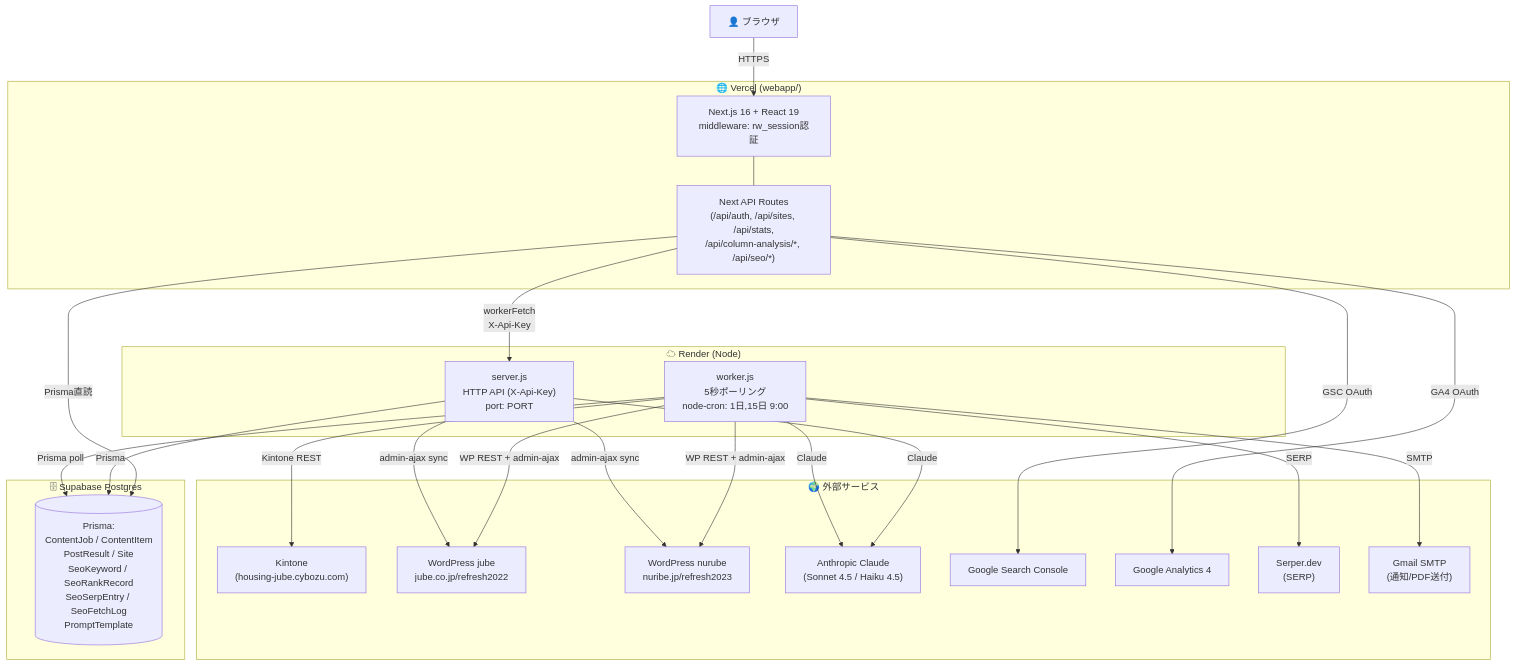
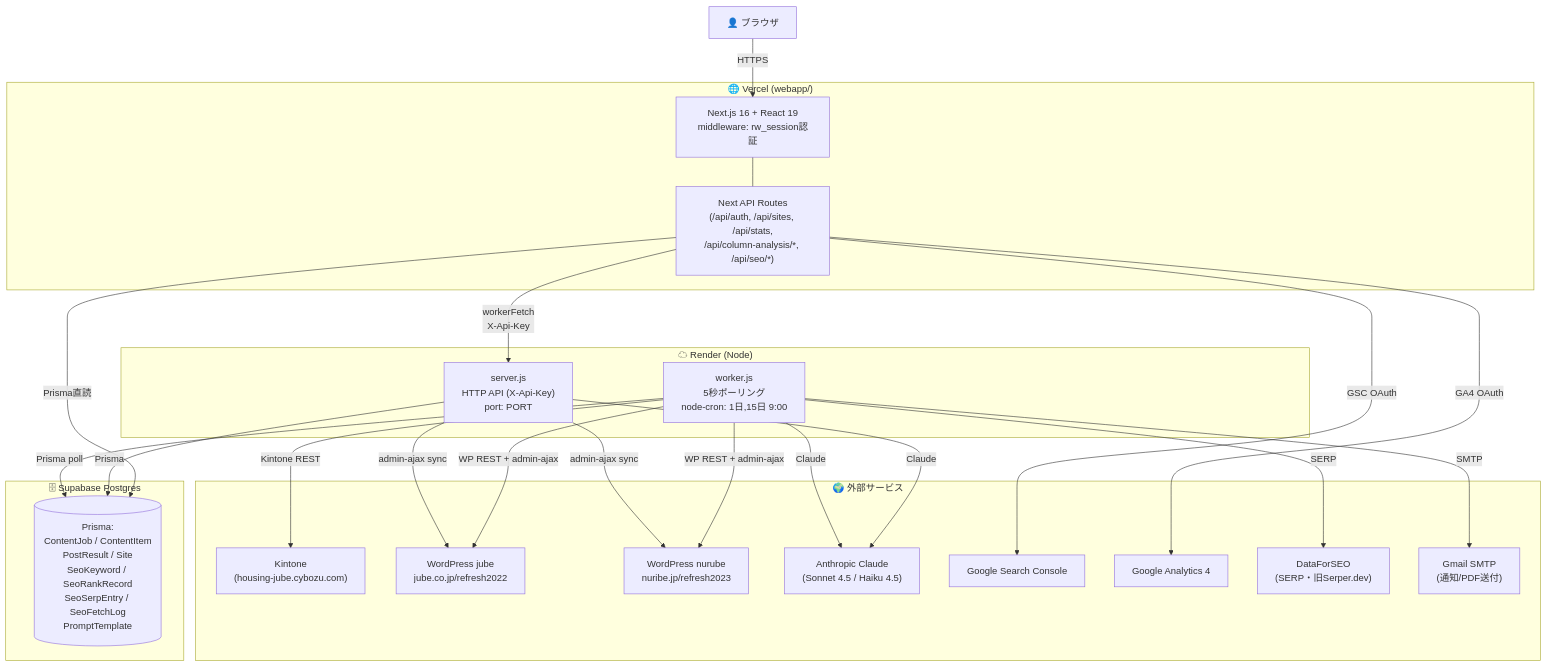
One commit to d-yamane-stack/kintone-wp-sync changed the first of 10 diagrams in ARCHITECTURE.md. Above: the diagram before and after it, drawn with Mermaid. The commit also changed other lines of this file and 7 other files, not shown here.

````diff
--- a/ARCHITECTURE.md
+++ b/ARCHITECTURE.md
@@ -9,45 +9,45 @@
 ```mermaid
 flowchart TB
   subgraph Vercel["🌐 Vercel (webapp/)"]
     NextApp["Next.js 16 + React 19<br/>middleware: rw_session認証"]
     NextAPI["Next API Routes<br/>(/api/auth, /api/sites, /api/stats,<br/>/api/column-analysis/*, /api/seo/*)"]
     NextApp --- NextAPI
   end
 
   subgraph Render["☁ Render (Node)"]
     Server["server.js<br/>HTTP API (X-Api-Key)<br/>port: PORT"]
     Worker["worker.js<br/>5秒ポーリング<br/>node-cron: 1日,15日 9:00"]
   end
 
   subgraph Supabase["🗄 Supabase Postgres"]
     DB[("Prisma:<br/>ContentJob / ContentItem<br/>PostResult / Site<br/>SeoKeyword / SeoRankRecord<br/>SeoSerpEntry / SeoFetchLog<br/>PromptTemplate")]
   end
 
   subgraph External["🌍 外部サービス"]
     Kintone["Kintone<br/>(housing-jube.cybozu.com)"]
     WP1["WordPress jube<br/>jube.co.jp/refresh2022"]
     WP2["WordPress nurube<br/>nuribe.jp/refresh2023"]
     Anthropic["Anthropic Claude<br/>(Sonnet 4.5 / Haiku 4.5)"]
     GSC["Google Search Console"]
     GA4["Google Analytics 4"]
-    Serper["Serper.dev<br/>(SERP)"]
+    Serper["DataForSEO<br/>(SERP・旧Serper.dev)"]
     Gmail["Gmail SMTP<br/>(通知/PDF送付)"]
   end
 
   Browser["👤 ブラウザ"] -->|HTTPS| NextApp
   NextAPI -->|workerFetch<br/>X-Api-Key| Server
   NextAPI -->|Prisma直読| DB
   Server -->|Prisma| DB
   Worker -->|Prisma poll| DB
   Server -->|Claude| Anthropic
   NextAPI -->|GSC OAuth| GSC
   NextAPI -->|GA4 OAuth| GA4
   Worker -->|Kintone REST| Kintone
   Worker -->|WP REST + admin-ajax| WP1
   Worker -->|WP REST + admin-ajax| WP2
   Worker -->|Claude| Anthropic
   Worker -->|SERP| Serper
   Worker -->|SMTP| Gmail
   Server -->|admin-ajax sync| WP1
   Server -->|admin-ajax sync| WP2
 ```
````
